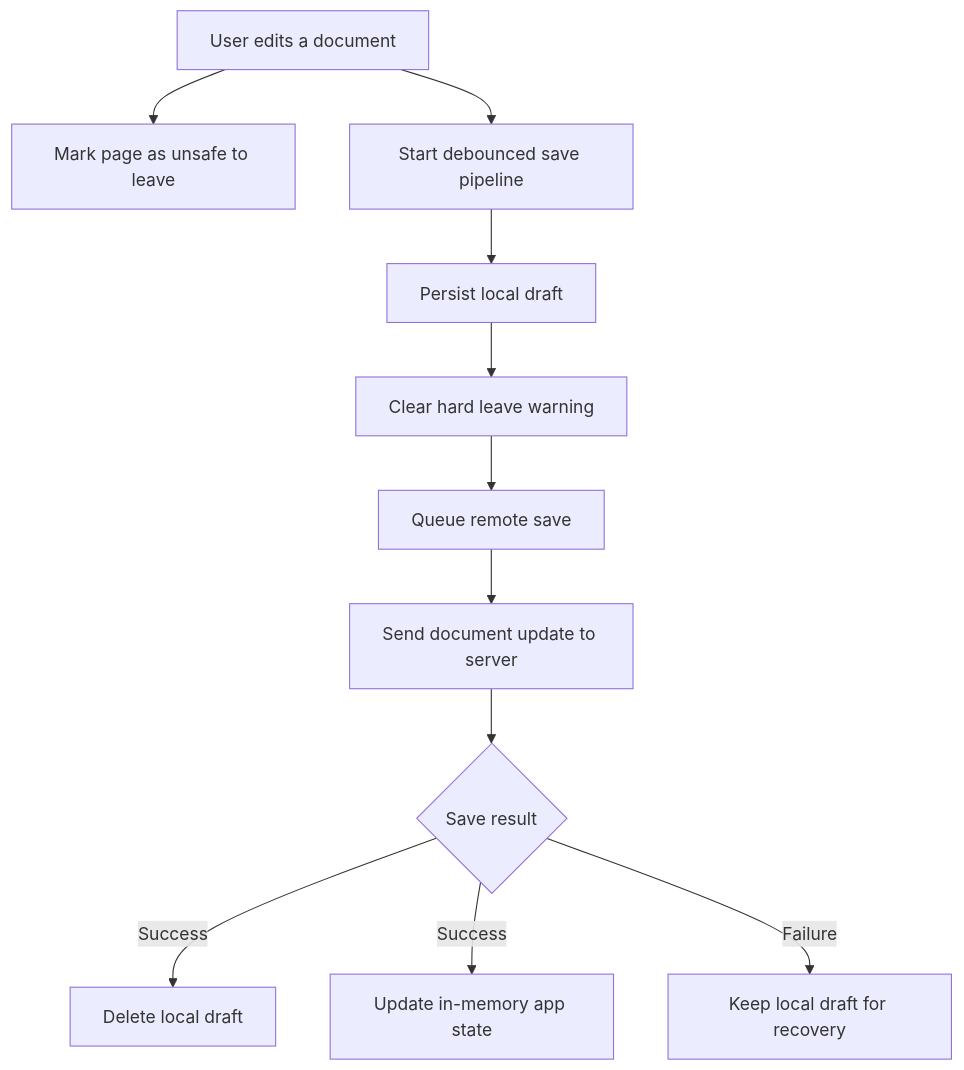
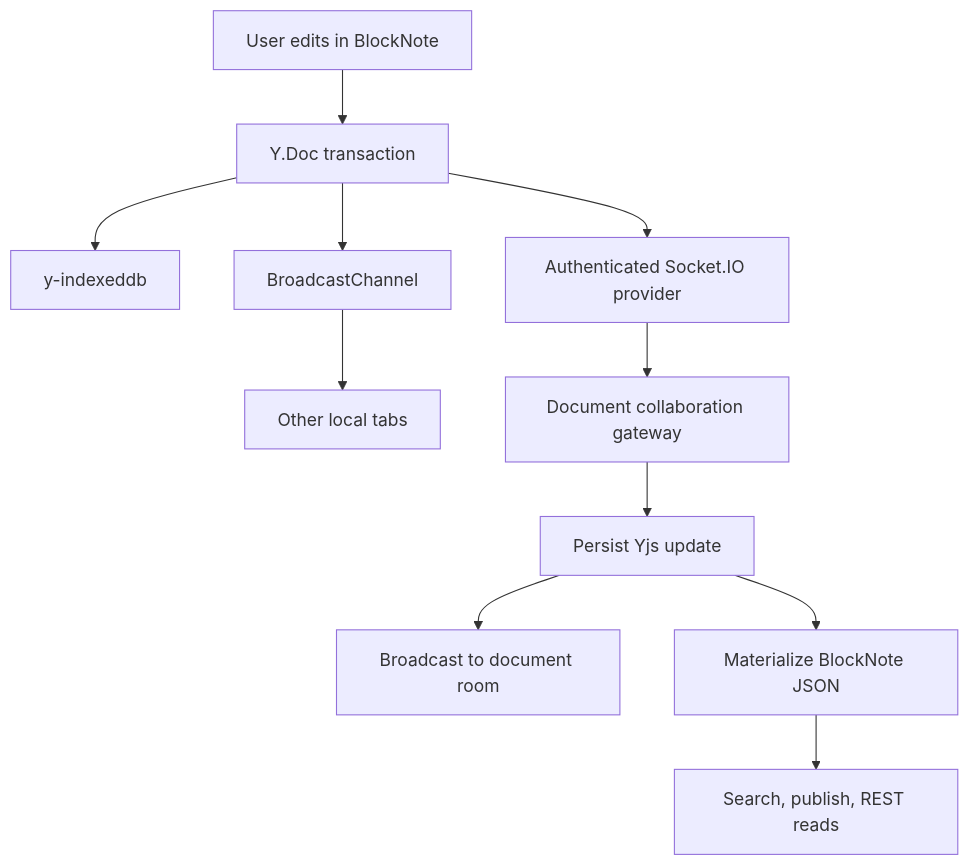
The diagram in docs/document-edit-flow.md (dauphaihau-camille/camille), drawn with Mermaid before and after one commit. The commit also changed other lines of this file, not shown here.

Commit message:
docs(collaboration): describe document synchronization flow

````diff
--- a/docs/document-edit-flow.md
+++ b/docs/document-edit-flow.md
@@ -11,15 +9,13 @@
 ```mermaid
 flowchart TD
-  A[User edits a document] --> B[Mark page as unsafe to leave]
-  A --> C[Start debounced save pipeline]
-
-  C --> D[Persist local draft]
-  D --> E[Clear hard leave warning]
-  E --> F[Queue remote save]
-  F --> G[Send document update to server]
-  G --> H{Save result}
-
-  H -->|Success| I[Delete local draft]
-  H -->|Success| J[Update in-memory app state]
-  H -->|Failure| K[Keep local draft for recovery]
+  A[User edits in BlockNote] --> B[Y.Doc transaction]
+  B --> C[y-indexeddb]
+  B --> D[BroadcastChannel]
+  B --> E[Authenticated Socket.IO provider]
+  D --> F[Other local tabs]
+  E --> G[Document collaboration gateway]
+  G --> H[Persist Yjs update]
+  H --> I[Broadcast to document room]
+  H --> J[Materialize BlockNote JSON]
+  J --> K[Search, publish, REST reads]
 ```
````
